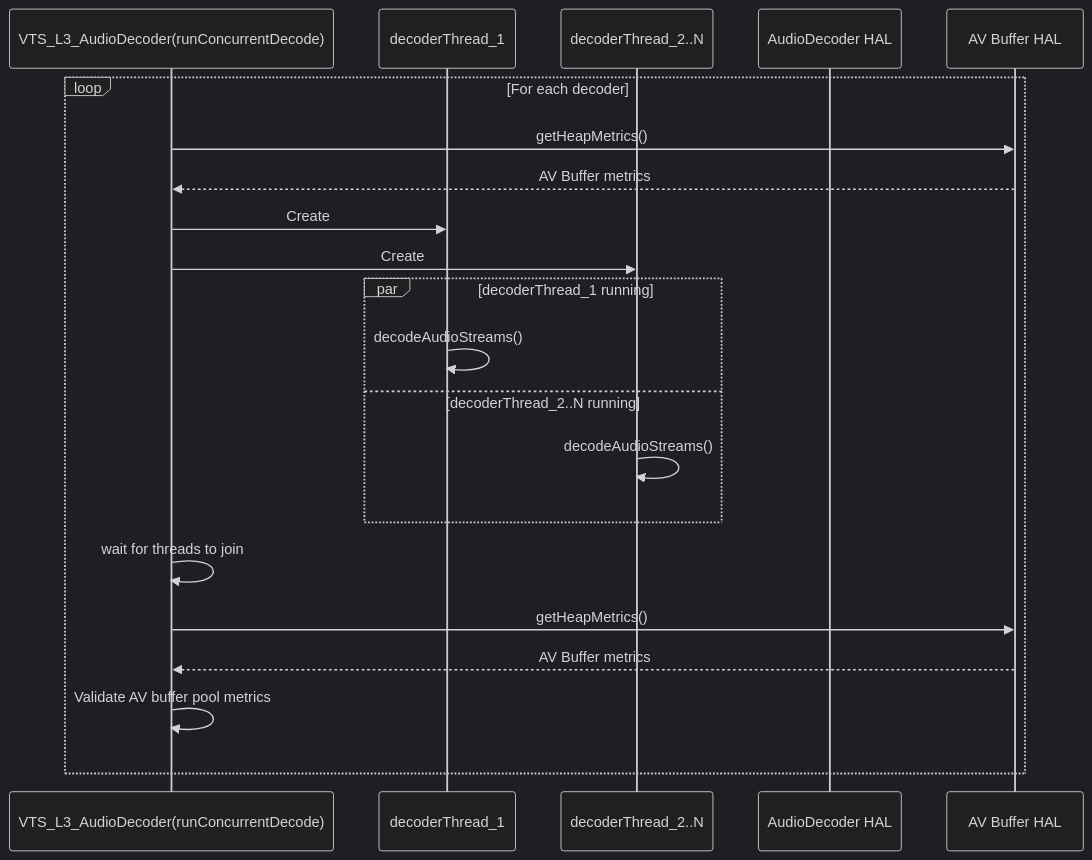
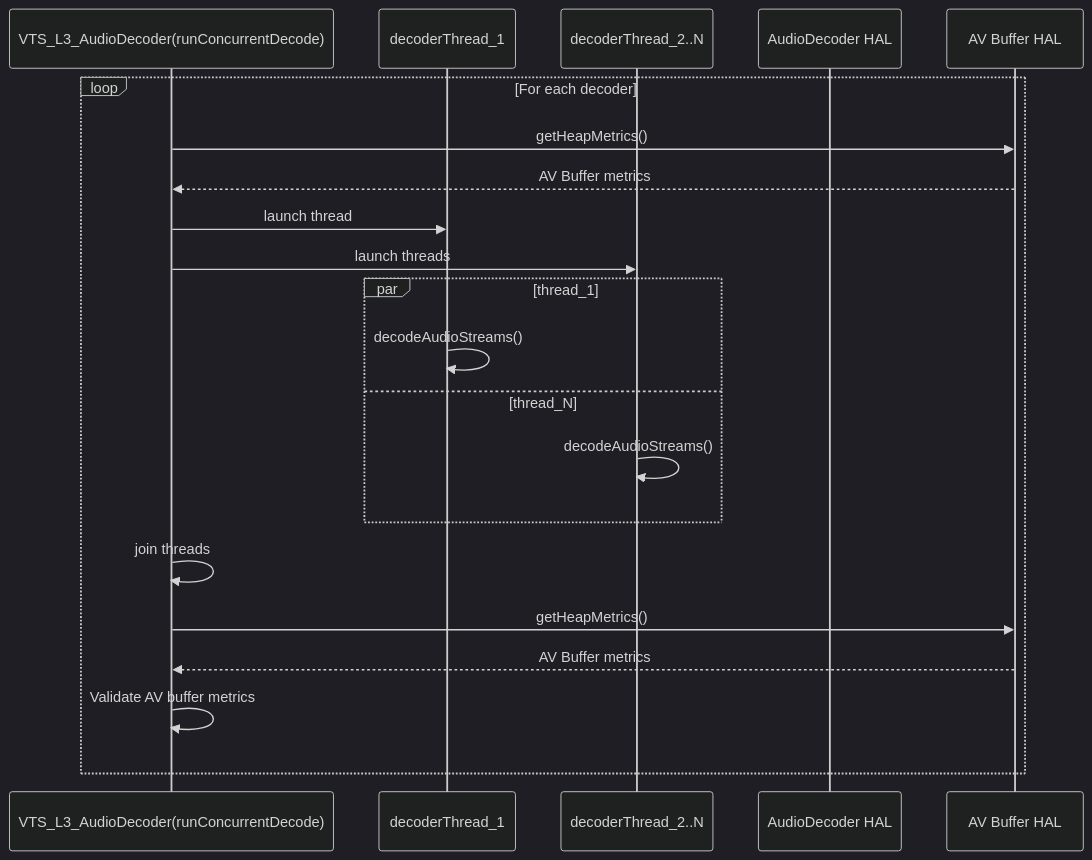
One commit to davidkoo-brcm/rdk-halif-aidl-test-audiodecoder changed the sixth of 10 diagrams in docs/pages/audioDecoder_L3_Low-Level_TestSpecification.md. Above: the diagram before and after it, drawn with Mermaid (dark theme). The commit also changed other lines of this file and 1 other file, not shown here.

````diff
--- a/docs/pages/audioDecoder_L3_Low-Level_TestSpecification.md
+++ b/docs/pages/audioDecoder_L3_Low-Level_TestSpecification.md
@@ -276,24 +290,24 @@
 ```mermaid
 sequenceDiagram
-  participant VTS_L3_AudioDecoder(runConcurrentDecode)
-  participant decoderThread_1
-  participant decoderThread_2..N
-  participant AudioDecoder HAL
-  participant AV Buffer HAL
+  participant rundecoder as VTS_L3_AudioDecoder(runConcurrentDecode)
+  participant thread_1 as decoderThread_1
+  participant thread_N as decoderThread_2..N
+  participant HAL as AudioDecoder HAL
+  participant buffer as AV Buffer HAL
 
   loop For each decoder
-    VTS_L3_AudioDecoder(runConcurrentDecode)->>AV Buffer HAL : getHeapMetrics()
-    AV Buffer HAL -->> VTS_L3_AudioDecoder(runConcurrentDecode): AV Buffer metrics
-    VTS_L3_AudioDecoder(runConcurrentDecode)->>decoderThread_1: Create
-    VTS_L3_AudioDecoder(runConcurrentDecode)->>decoderThread_2..N: Create
-    par decoderThread_1 running
-      decoderThread_1->>decoderThread_1: decodeAudioStreams()
-    and decoderThread_2..N running
-      decoderThread_2..N->>decoderThread_2..N: decodeAudioStreams()
+    rundecoder->>buffer : getHeapMetrics()
+    buffer -->> rundecoder: AV Buffer metrics
+    rundecoder->>thread_1: launch thread
+    rundecoder->>thread_N: launch threads
+    par thread_1
+      thread_1->>thread_1: decodeAudioStreams()
+    and thread_N
+      thread_N->>thread_N: decodeAudioStreams()
     end
-    VTS_L3_AudioDecoder(runConcurrentDecode)->>VTS_L3_AudioDecoder(runConcurrentDecode): wait for threads to join
-    VTS_L3_AudioDecoder(runConcurrentDecode)->>AV Buffer HAL : getHeapMetrics()
-    AV Buffer HAL -->> VTS_L3_AudioDecoder(runConcurrentDecode): AV Buffer metrics
-    VTS_L3_AudioDecoder(runConcurrentDecode)->>VTS_L3_AudioDecoder(runConcurrentDecode): Validate AV buffer pool metrics
+    rundecoder->>rundecoder: join threads
+    rundecoder->>buffer : getHeapMetrics()
+    buffer -->> rundecoder: AV Buffer metrics
+    rundecoder->>rundecoder: Validate AV buffer metrics
   end
 ```
````
